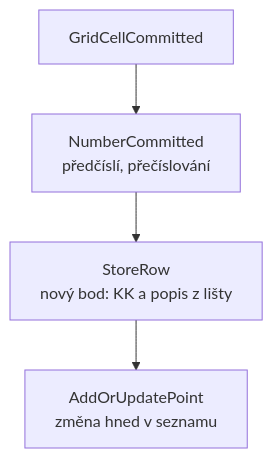
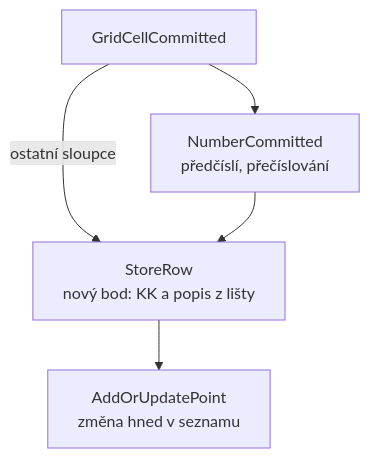
The sixth of 8 diagrams in docs/seznam-souradnic/prubeh-volani.md (kovarmi9/GeoSoft), drawn with Mermaid before and after one commit. The commit also changed other lines of this file and 85 other files, not shown here.

````diff
--- a/docs/seznam-souradnic/prubeh-volani.md
+++ b/docs/seznam-souradnic/prubeh-volani.md
@@ -41,6 +43,7 @@
 ```mermaid
 flowchart TB
   G["GridCellCommitted"] --> N["NumberCommitted<br>předčíslí, přečíslování"]
+  G -->|ostatní sloupce| S
   N --> S["StoreRow<br>nový bod: KK a popis z lišty"]
   S --> A["AddOrUpdatePoint<br>změna hned v seznamu"]
 ```
````
